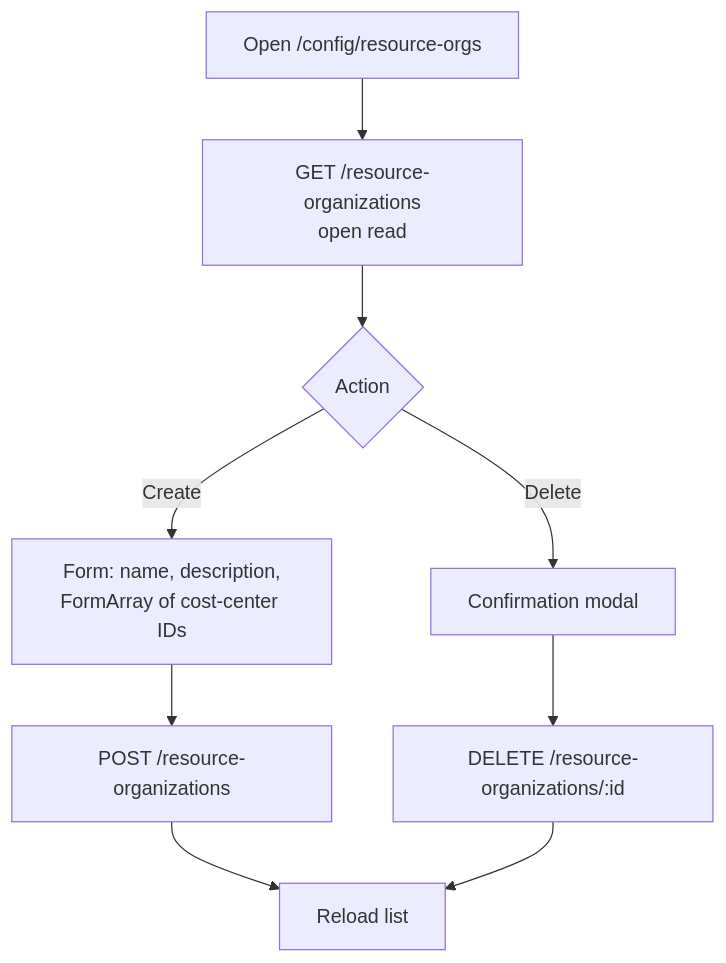
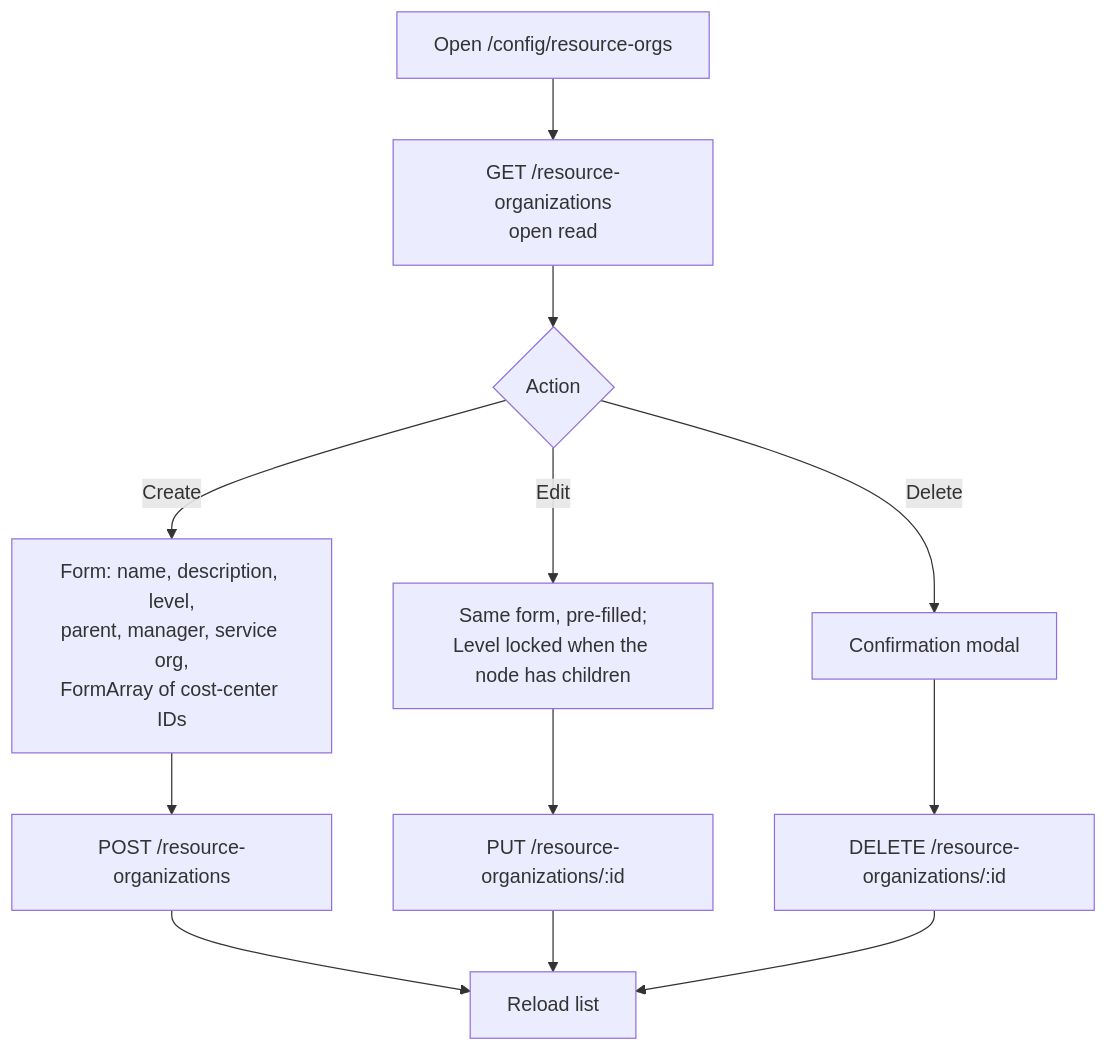
One commit to Raistlin82/project-resource-mgmt changed the ninth of 10 diagrams in docs/functional/configuration.md. Above: the diagram before and after it, drawn with Mermaid. The commit also changed other lines of this file and 11 other files, not shown here.

````diff
--- a/docs/functional/configuration.md
+++ b/docs/functional/configuration.md
@@ -630,10 +637,12 @@
 ```mermaid
 flowchart TD
   A[Open /config/resource-orgs] --> B[GET /resource-organizations<br/>open read]
   B --> C{Action}
-  C -->|Create| D[Form: name, description,<br/>FormArray of cost-center IDs]
+  C -->|Create| D[Form: name, description, level,<br/>parent, manager, service org,<br/>FormArray of cost-center IDs]
   D --> E[POST /resource-organizations]
+  C -->|Edit| D2[Same form, pre-filled;<br/>Level locked when the node has children]
+  D2 --> E2[PUT /resource-organizations/:id]
   C -->|Delete| F[Confirmation modal]
   F --> G[DELETE /resource-organizations/:id]
-  E & G --> H[Reload list]
+  E & E2 & G --> H[Reload list]
 ```
````
